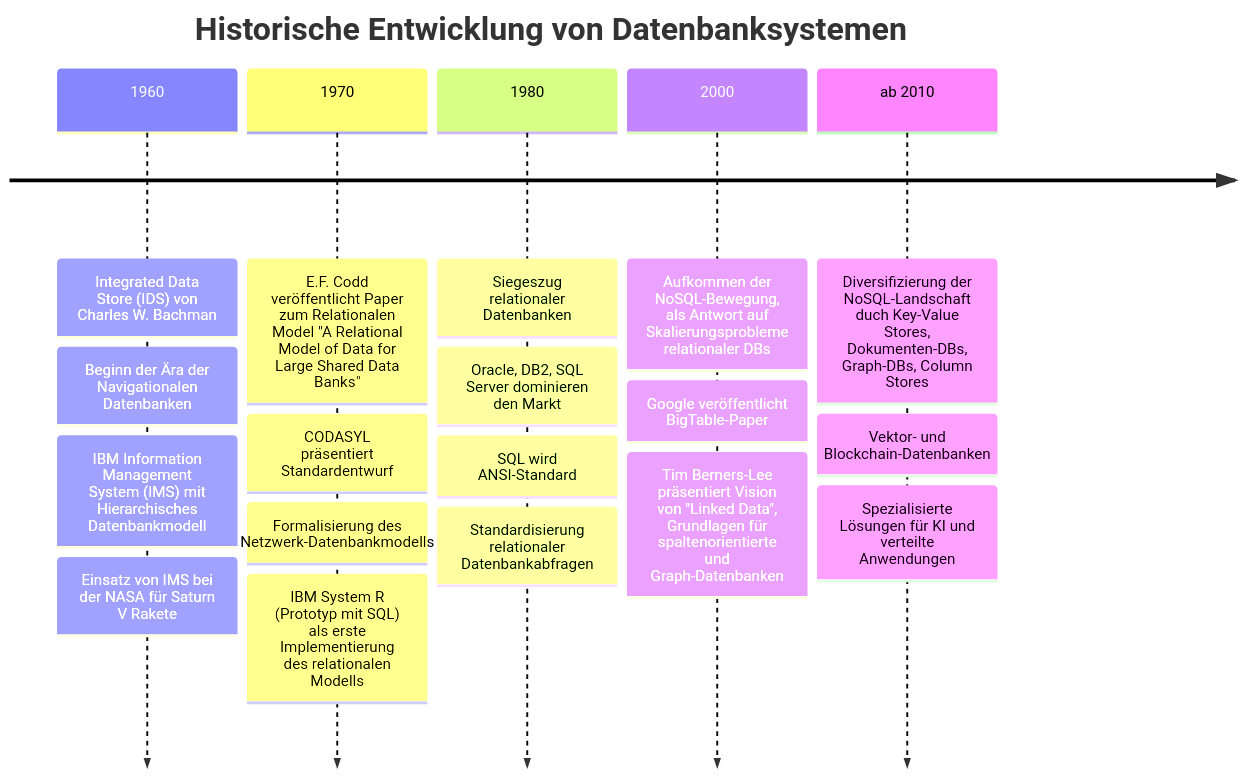
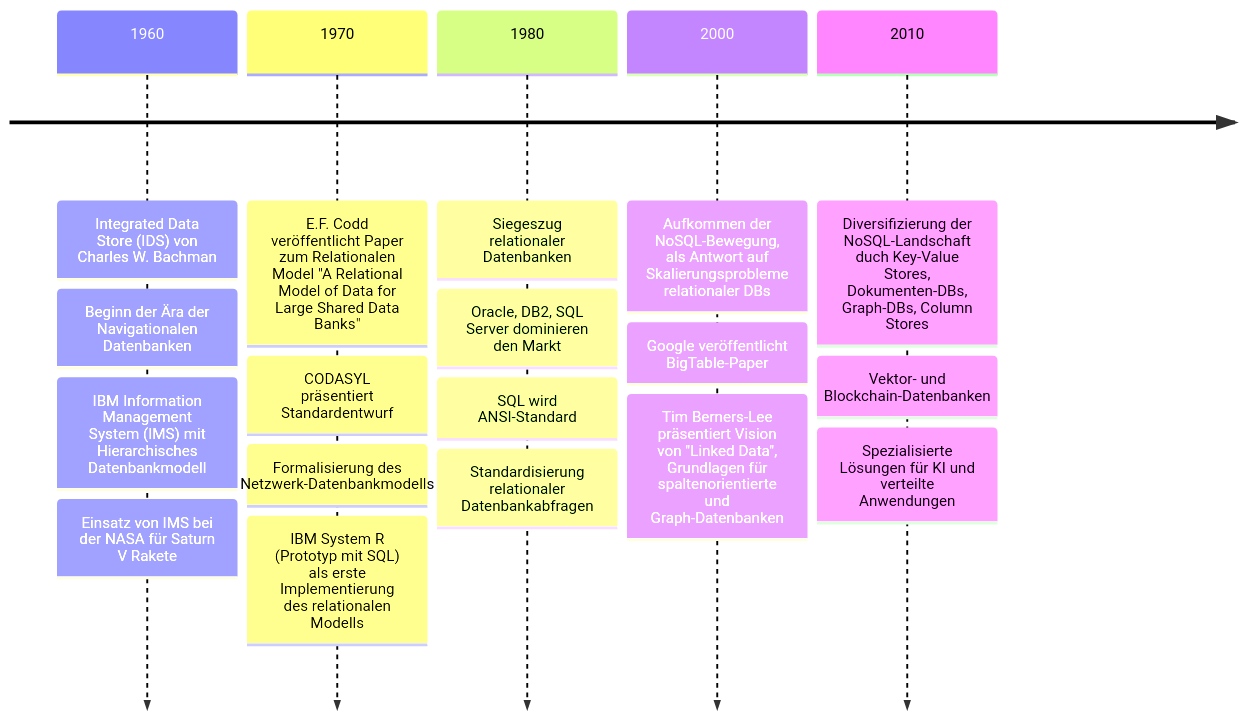
Before and after one commit to erhardtconsulting/relational-databases: the diagram in docs/1_history/2_influence_on_it.md, drawn with Mermaid. The commit also changed 4 other files, not shown here.

````diff
--- a/docs/1_history/2_influence_on_it.md
+++ b/docs/1_history/2_influence_on_it.md
@@ -5,22 +5,25 @@
 ```{mermaid}
 timeline
-    title Historische Entwicklung von Datenbanksystemen
-    1960    : Integrated Data Store (IDS) von Charles W. Bachman
-            : Beginn der Ära der Navigationalen Datenbanken
-            : IBM Information Management System (IMS) mit Hierarchisches Datenbankmodell
-            : Einsatz von IMS bei der NASA für Saturn V Rakete
-    1970    : E.F. Codd veröffentlicht Paper zum Relationalen Model "A Relational Model of Data for Large Shared Data Banks"
-            : CODASYL präsentiert Standardentwurf
-            : Formalisierung des Netzwerk-Datenbankmodells
-            : IBM System R (Prototyp mit SQL) als erste Implementierung des relationalen Modells
-    1980    : Siegeszug relationaler Datenbanken
-            : Oracle, DB2, SQL Server dominieren den Markt
-            : SQL wird ANSI-Standard
-            : Standardisierung relationaler Datenbankabfragen
-    2000    : Aufkommen der NoSQL-Bewegung, als Antwort auf Skalierungsprobleme relationaler DBs
-            : Google veröffentlicht BigTable-Paper
-            : Tim Berners-Lee präsentiert Vision von "Linked Data", Grundlagen für spaltenorientierte und Graph-Datenbanken
-    ab 2010 : Diversifizierung der NoSQL-Landschaft duch Key-Value Stores, Dokumenten-DBs, Graph-DBs, Column Stores
-            : Vektor- und Blockchain-Datenbanken
-            : Spezialisierte Lösungen für KI und verteilte Anwendungen
+        1960 : Integrated Data Store (IDS) von Charles W. Bachman
+             : Beginn der Ära der Navigationalen Datenbanken
+             : IBM Information Management System (IMS) mit Hierarchisches Datenbankmodell
+             : Einsatz von IMS bei der NASA für Saturn V Rakete
+
+        1970 : E.F. Codd veröffentlicht Paper zum Relationalen Model "A Relational Model of Data for Large Shared Data Banks"
+             : CODASYL präsentiert Standardentwurf
+             : Formalisierung des Netzwerk-Datenbankmodells
+             : IBM System R (Prototyp mit SQL) als erste Implementierung des relationalen Modells
+
+        1980 : Siegeszug relationaler Datenbanken
+             : Oracle, DB2, SQL Server dominieren den Markt
+             : SQL wird ANSI-Standard
+             : Standardisierung relationaler Datenbankabfragen
+
+        2000 : Aufkommen der NoSQL-Bewegung, als Antwort auf Skalierungsprobleme relationaler DBs
+             : Google veröffentlicht BigTable-Paper
+             : Tim Berners-Lee präsentiert Vision von "Linked Data", Grundlagen für spaltenorientierte und Graph-Datenbanken
+
+        2010 : Diversifizierung der NoSQL-Landschaft duch Key-Value Stores, Dokumenten-DBs, Graph-DBs, Column Stores
+             : Vektor- und Blockchain-Datenbanken
+             : Spezialisierte Lösungen für KI und verteilte Anwendungen
 ```
````
